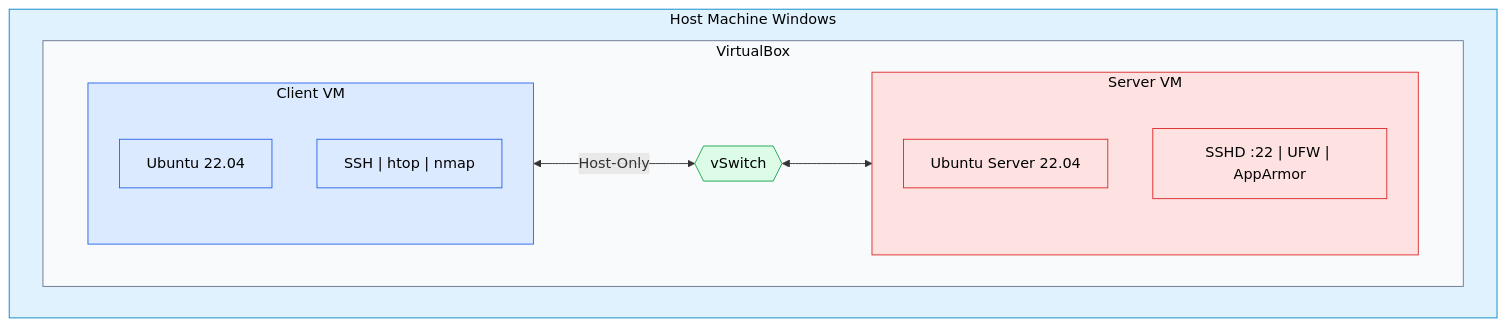
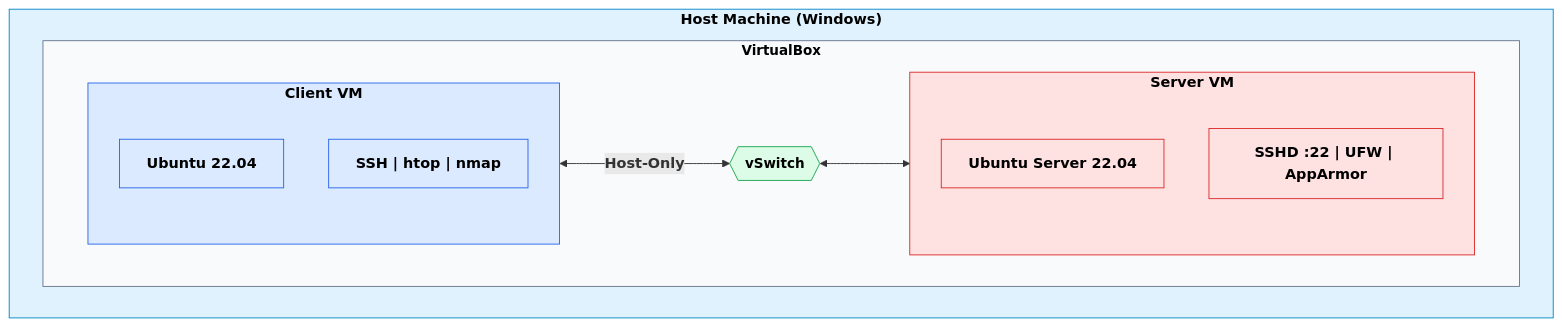
One commit to Z23599848/OS-coursework changed the diagram in journal/week1.md. Above: the diagram before and after it, drawn with Mermaid.

````diff
--- a/journal/week1.md
+++ b/journal/week1.md
@@ -17,42 +17,43 @@
 ```mermaid
 graph LR
     %% Physical Host
-    subgraph Host["Host Machine Windows"]
+    subgraph Host["<b>Host Machine (Windows)</b>"]
         direction LR
 
         %% VirtualBox
-        subgraph VBox["VirtualBox"]
+        subgraph VBox["<b>VirtualBox</b>"]
             direction LR
 
-            subgraph Client["Client VM"]
-                OS_C["Ubuntu 22.04"]
-                Tools["SSH | htop | nmap"]
+            subgraph Client["<b>Client VM</b>"]
+                OS_C["<b>Ubuntu 22.04</b>"]
+                Tools["<b>SSH | htop | nmap</b>"]
             end
 
-            VSwitch{{vSwitch}}
+            VSwitch{{"<b>vSwitch</b>"}}
 
-            subgraph Server["Server VM"]
-                OS_S["Ubuntu Server 22.04"]
-                Svc["SSHD :22 | UFW | AppArmor"]
+            subgraph Server["<b>Server VM</b>"]
+                OS_S["<b>Ubuntu Server 22.04</b>"]
+                Svc["<b>SSHD :22 | UFW | AppArmor</b>"]
             end
 
-            Client <-->|Host-Only| VSwitch
+            Client <-->|"<b>Host-Only</b>"| VSwitch
             VSwitch <-->| | Server
         end
     end
 
     %% Styling
-    classDef host fill:#e0f2fe,stroke:#0284c7,stroke-width:1px,color:#000;
-    classDef container fill:#f8fafc,stroke:#64748b,stroke-width:1px,color:#000;
-    classDef client fill:#dbeafe,stroke:#2563eb,stroke-width:1px,color:#000;
-    classDef server fill:#fee2e2,stroke:#dc2626,stroke-width:1px,color:#000;
-    classDef switch fill:#dcfce7,stroke:#16a34a,stroke-width:1px,color:#000;
+    classDef host fill:#e0f2fe,stroke:#0284c7,stroke-width:1px,color:#000,font-size:16px;
+    classDef container fill:#f8fafc,stroke:#64748b,stroke-width:1px,color:#000,font-size:15px;
+    classDef client fill:#dbeafe,stroke:#2563eb,stroke-width:1px,color:#000,font-size:16px;
+    classDef server fill:#fee2e2,stroke:#dc2626,stroke-width:1px,color:#000,font-size:16px;
+    classDef switch fill:#dcfce7,stroke:#16a34a,stroke-width:1px,color:#000,font-size:15px;
 
     %% Apply classes
     class Host host;
     class VBox container;
     class Client,OS_C,Tools client;
     class Server,OS_S,Svc server;
     class VSwitch switch;
 
+
 ```
````
